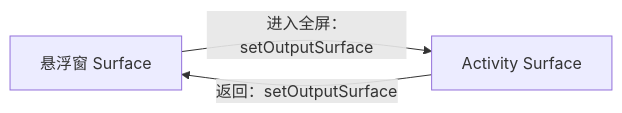
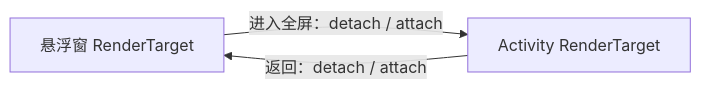
The fifth of 7 diagrams in docs/windowing-session-design.md (obby-xiang/LocalScreenShareAndroid), drawn with Mermaid before and after one commit. The commit also changed other lines of this file and 7 other files, not shown here.

````diff
--- a/docs/windowing-session-design.md
+++ b/docs/windowing-session-design.md
@@ -173,5 +173,5 @@
 ```mermaid
 flowchart LR
-    O[悬浮窗 Surface] -->|进入全屏：setOutputSurface| A[Activity Surface]
-    A -->|返回：setOutputSurface| O
+    O[悬浮窗 RenderTarget] -->|进入全屏：detach / attach| A[Activity RenderTarget]
+    A -->|返回：detach / attach| O
 ```
````
